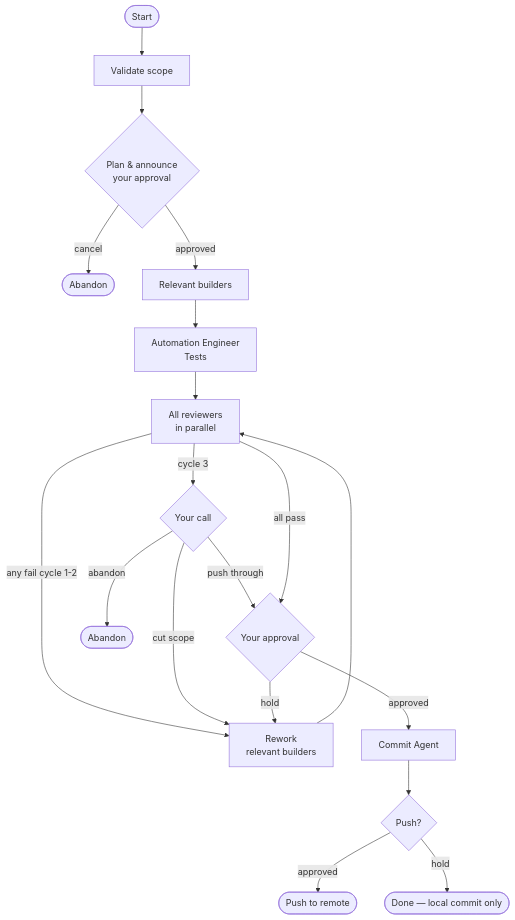
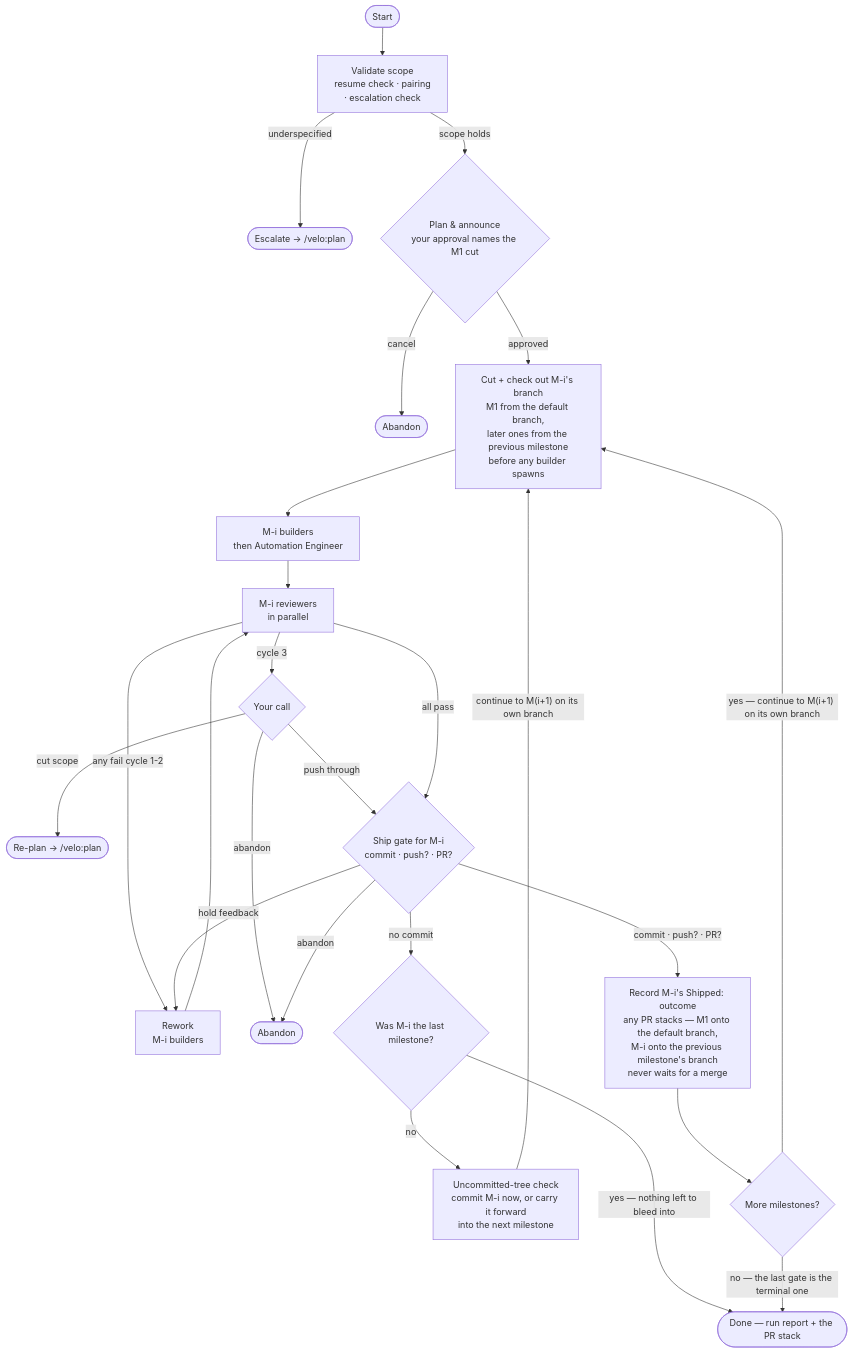
Before and after one commit to rajasekarm/velo: the third of 5 diagrams in WORKFLOW.md, drawn with Mermaid. The commit also changed other lines of this file and 15 other files, not shown here.

````diff
--- a/WORKFLOW.md
+++ b/WORKFLOW.md
@@ -54,21 +63,27 @@
 ```mermaid
 flowchart TD
-    A([Start]) --> V[Validate scope]
-    V --> ANN{Plan & announce\nyour approval}
+    A([Start]) --> V[Validate scope\nresume check · pairing\n· escalation check]
+    V -->|underspecified| ESC([Escalate → /velo:plan])
+    V -->|scope holds| ANN{Plan & announce\nyour approval names the M1 cut}
     ANN -->|cancel| ENDS([Abandon])
-    ANN -->|approved| BUILD[Relevant builders]
-    BUILD --> TEST[Automation Engineer\nTests]
-    TEST --> REVIEW[All reviewers\nin parallel]
-    REVIEW -->|any fail cycle 1-2| REWORK[Rework\nrelevant builders]
+    ANN -->|approved| CUT[Cut + check out M-i's branch\nM1 from the default branch,\nlater ones from the previous milestone\nbefore any builder spawns]
+    CUT --> BUILD[M-i builders\nthen Automation Engineer]
+    BUILD --> REVIEW[M-i reviewers\nin parallel]
+    REVIEW -->|any fail cycle 1-2| REWORK[Rework\nM-i builders]
     REWORK --> REVIEW
     REVIEW -->|cycle 3| A0C{Your call}
-    A0C -->|cut scope| REWORK
-    A0C -->|push through| A1{Your approval}
+    A0C -->|cut scope| REPLAN([Re-plan → /velo:plan])
+    A0C -->|push through| SG
     A0C -->|abandon| END0([Abandon])
-    REVIEW -->|all pass| A1{Your approval}
-    A1 -->|approved| COMMIT[Commit Agent]
-    A1 -->|hold| REWORK
-    COMMIT --> A2{Push?}
-    A2 -->|approved| PUSH([Push to remote])
-    A2 -->|hold| DONE0([Done — local commit only])
+    REVIEW -->|all pass| SG{Ship gate for M-i\ncommit · push? · PR?}
+    SG -->|hold feedback| REWORK
+    SG -->|abandon| END0
+    SG -->|commit · push? · PR?| SHIP[Record M-i's Shipped: outcome\nany PR stacks — M1 onto the default branch,\nM-i onto the previous milestone's branch\nnever waits for a merge]
+    SG -->|no commit| NCLAST{Was M-i the last milestone?}
+    NCLAST -->|"yes — nothing left to bleed into"| DONE0([Done — run report + the PR stack])
+    NCLAST -->|no| CARRY[Uncommitted-tree check\ncommit M-i now, or carry it forward\ninto the next milestone]
+    CARRY -->|"continue to M(i+1) on its own branch"| CUT
+    SHIP --> MORE{More milestones?}
+    MORE -->|"yes — continue to M(i+1) on its own branch"| CUT
+    MORE -->|"no — the last gate is the terminal one"| DONE0
 ```
````
